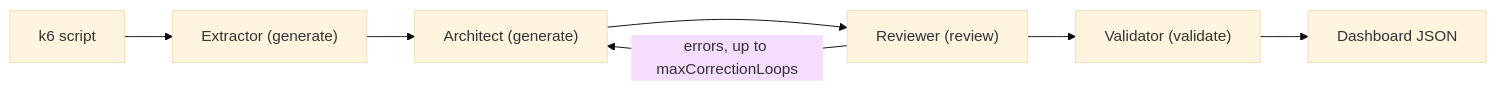
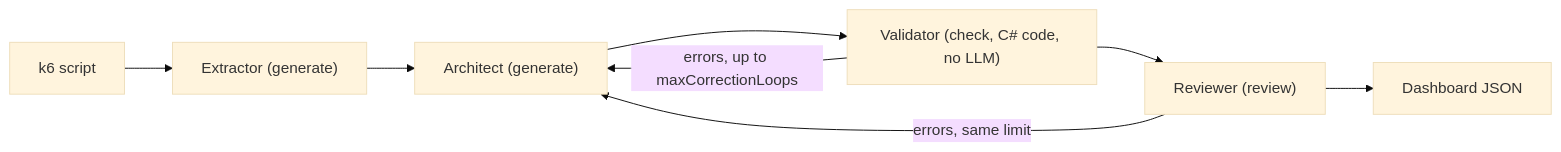
One commit to lalbi2s/agent-controller changed the second of 2 diagrams in README.md. Above: the diagram before and after it, drawn with Mermaid (base theme). The commit also changed other lines of this file and 17 other files, not shown here.

Commit message:
replace the validator agent with a dashboard check in code

````diff
--- a/README.md
+++ b/README.md
@@ -31,9 +31,10 @@
 ```mermaid
 flowchart LR
     F[k6 script] --> E["Extractor (generate)"]
     E --> A["Architect (generate)"]
-    A --> R["Reviewer (review)"]
-    R -- "errors, up to maxCorrectionLoops" --> A
-    R --> V["Validator (validate)"]
-    V --> D[Dashboard JSON]
+    A --> V["Validator (check, C# code, no LLM)"]
+    V -- "errors, up to maxCorrectionLoops" --> A
+    V --> R["Reviewer (review)"]
+    R -- "errors, same limit" --> A
+    R --> D[Dashboard JSON]
 ```
````
